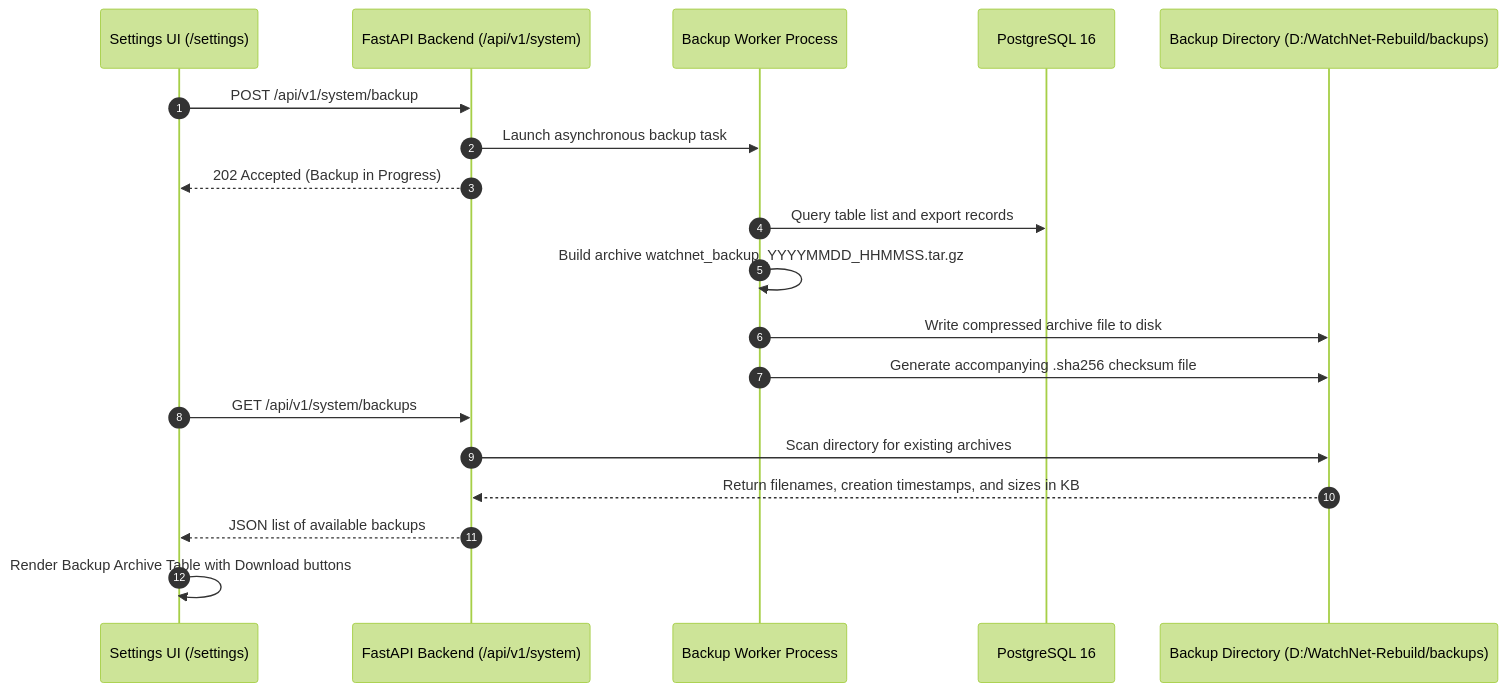
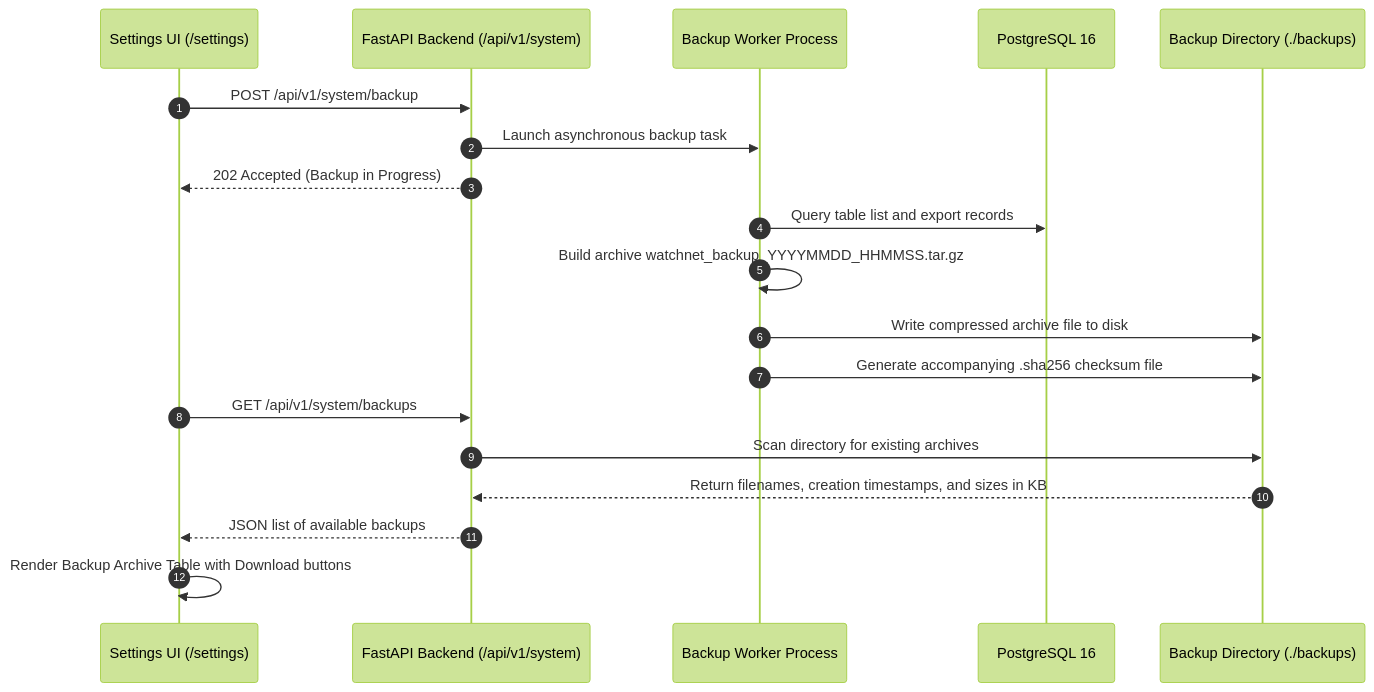
One commit to ananta-devs/WatchNet changed the second of 2 diagrams in docs/architecture/features/09_SYSTEM_MAINTENANCE_AND_BACKUPS.md. Above: the diagram before and after it, drawn with Mermaid (forest theme). The commit also changed 28 other files, not shown here.

````diff
--- a/docs/architecture/features/09_SYSTEM_MAINTENANCE_AND_BACKUPS.md
+++ b/docs/architecture/features/09_SYSTEM_MAINTENANCE_AND_BACKUPS.md
@@ -56,24 +56,24 @@
 ```mermaid
 sequenceDiagram
     autonumber
     participant UI as Settings UI (/settings)
     participant API as FastAPI Backend (/api/v1/system)
     participant Worker as Backup Worker Process
     participant DB as PostgreSQL 16
-    participant Storage as Backup Directory (D:/WatchNet-Rebuild/backups)
+    participant Storage as Backup Directory (./backups)
 
     UI->>API: POST /api/v1/system/backup
     API->>Worker: Launch asynchronous backup task
     API-->>UI: 202 Accepted (Backup in Progress)
     
     Worker->>DB: Query table list and export records
     Worker->>Worker: Build archive watchnet_backup_YYYYMMDD_HHMMSS.tar.gz
     Worker->>Storage: Write compressed archive file to disk
     Worker->>Storage: Generate accompanying .sha256 checksum file
     
     UI->>API: GET /api/v1/system/backups
     API->>Storage: Scan directory for existing archives
     Storage-->>API: Return filenames, creation timestamps, and sizes in KB
     API-->>UI: JSON list of available backups
     UI->>UI: Render Backup Archive Table with Download buttons
 ```
````
